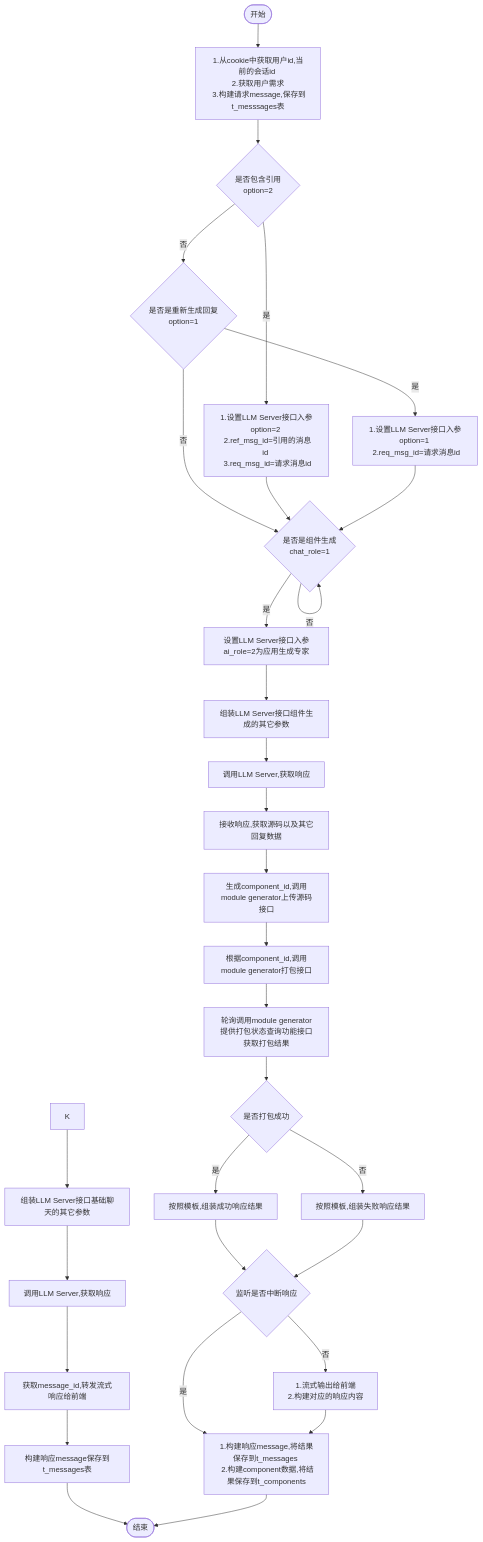
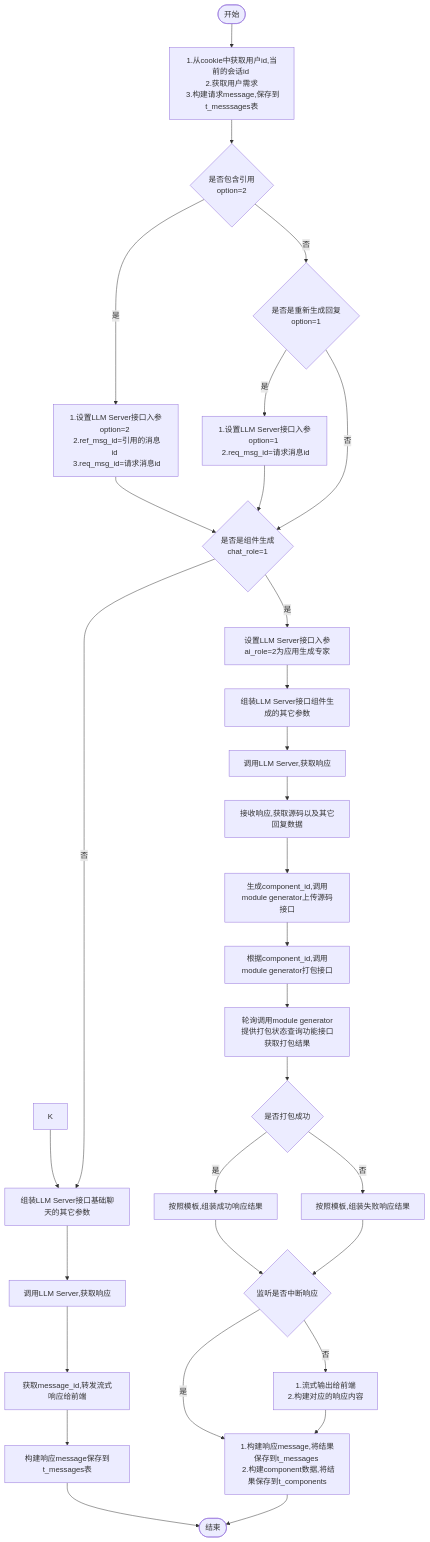
The diagram in all/未命名-8.md (yingjianzh/iodraw-files), drawn with Mermaid before and after one commit.

Commit message:
2024-10-16 09:16:28 update

````diff
--- a/all/未命名-8.md
+++ b/all/未命名-8.md
@@ -1,37 +1,37 @@
 ```mermaid
 flowchart TD
     A([开始]) --> B[1.从cookie中获取用户id,当前的会话id \n 2.获取用户需求 \n 3.构建请求message,保存到t_messsages表]
     B--> D{是否包含引用 \n option=2}
     D -- 是 --> E[1.设置LLM Server接口入参option=2 \n 2.ref_msg_id=引用的消息id \n 3.req_msg_id=请求消息id]
     D -- 否 --> F{是否是重新生成回复\n option=1}
     F -- 是 --> G[1.设置LLM Server接口入参option=1 \n 2.req_msg_id=请求消息id]
     F -- 否 --> I
      
     E & G --> I{是否是组件生成 \n chat_role=1}
-    I -- 否 --> 
+    I -- 否 --> M[组装LLM Server接口基础聊天的其它参数] 
     I -- 是 --> J[设置LLM Server接口入参ai_role=2为应用生成专家]
     
 
     J --> L[组装LLM Server接口组件生成的其它参数]    
-    K --> M[组装LLM Server接口基础聊天的其它参数]    
+    K --> M   
     M --> N[调用LLM Server,获取响应]    
     N --> O[获取message_id,转发流式响应给前端]
     O --> P[构建响应message保存到t_messages表]
     P --> R([结束])
 
 
     L --> S[调用LLM Server,获取响应]
     S --> T[接收响应,获取源码以及其它回复数据]
     T --> U[生成component_id,调用module generator上传源码接口]
     U --> V[根据component_id,调用module generator打包接口]
     V --> W[轮询调用module generator提供打包状态查询功能接口获取打包结果]
     W --> X{是否打包成功}
     X -- 是 --> Y[按照模板,组装成功响应结果]
     X -- 否 --> Z[按照模板,组装失败响应结果]
     Y & Z --> Done{监听是否中断响应}
     Done -- 是 --> Result
     Done -- 否 --> OutPut[1.流式输出给前端 \n 2.构建对应的响应内容]
 
     OutPut --> Result[1.构建响应message,将结果保存到t_messages \n 2.构建component数据,将结果保存到t_components]
     Result --> R
 ```
````
